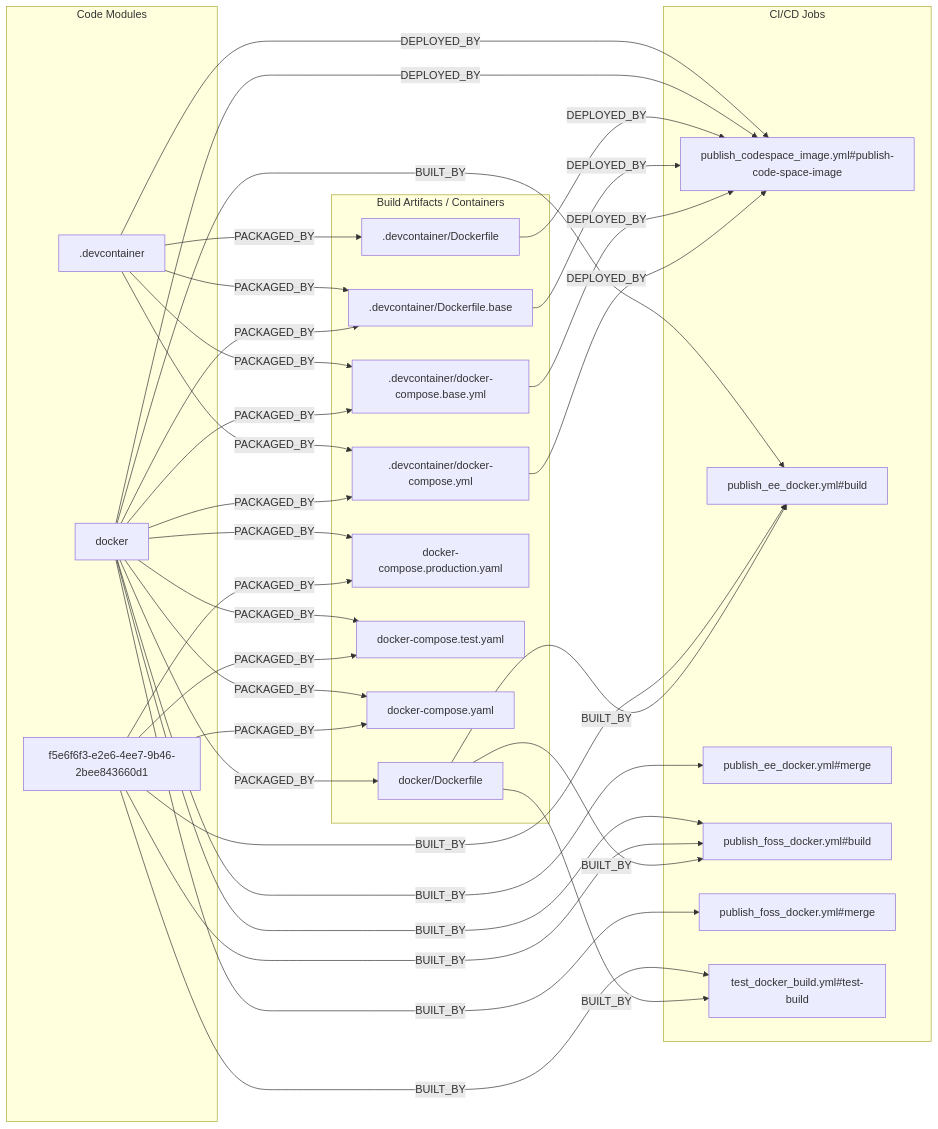
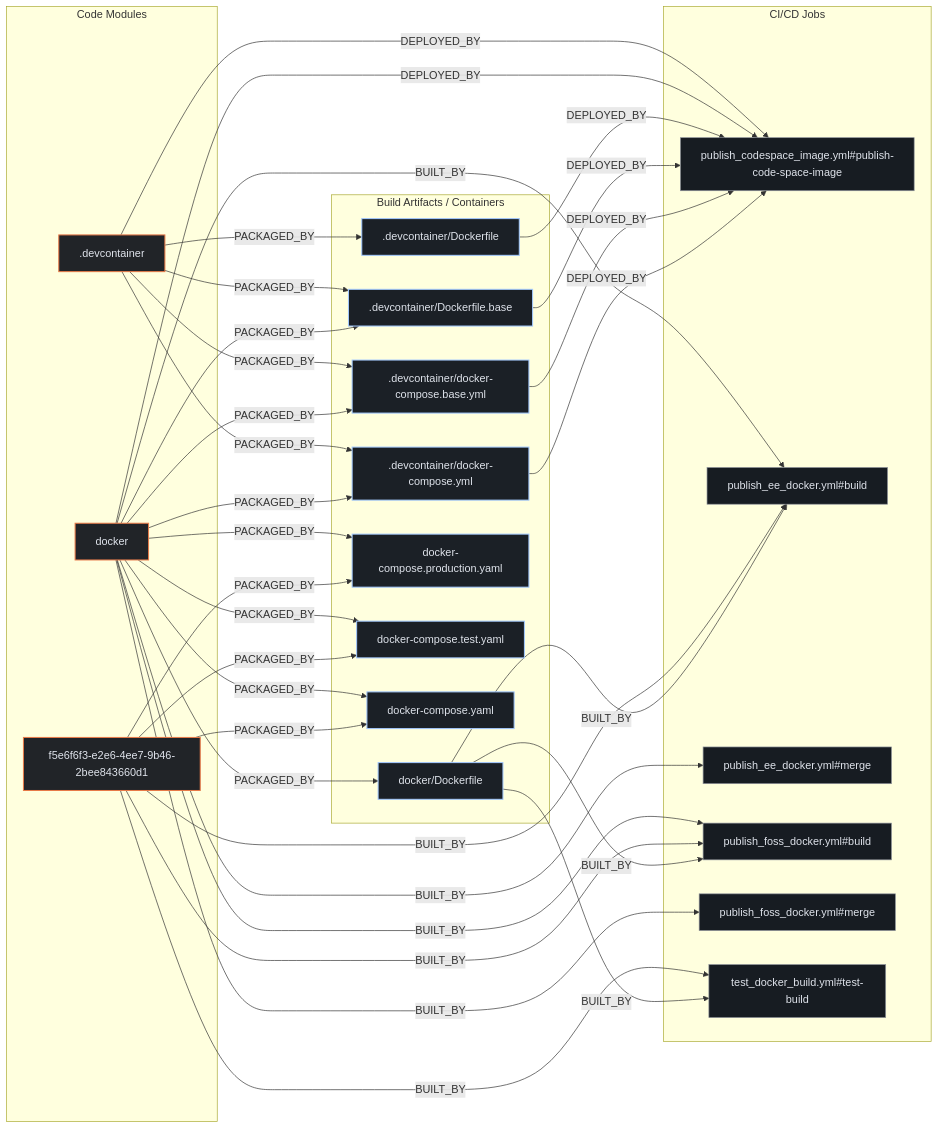
One commit to kumarshaz/atruss-code-atlas changed the second of 3 diagrams in exports/latest/reports/chatwoot-chatwoot-report.md. Above: the diagram before and after it, drawn with Mermaid. The commit also changed other lines of this file and 331 other files, not shown here.

Commit message:
docs,ui,fix: update SDLC docs, reorder CI/CD DAG first, stylize Mermaid, and fix Arc42 pipeline topology

````diff
--- a/exports/latest/reports/chatwoot-chatwoot-report.md
+++ b/exports/latest/reports/chatwoot-chatwoot-report.md
@@ -184,56 +191,60 @@
 ```mermaid
 flowchart LR
+    classDef atlasCategory fill:#212428,stroke:#E87A48,stroke-width:1.5px,color:#dfe3eb
+    classDef atlasWorkflow fill:#1b2026,stroke:#a3c9ff,stroke-width:1.5px,color:#dfe3eb
+    classDef atlasJob fill:#171c22,stroke:#8d9199,stroke-width:1px,color:#dfe3eb
+    classDef atlasTarget fill:#005227,stroke:#8bd99b,stroke-width:1.5px,color:#a7f6b6
     subgraph code_modules["Code Modules"]
-        mod__devcontainer[".devcontainer"]
-        mod_docker["docker"]
-        mod_f5e6f6f3_e2e6_4ee7_9b46_2bee843660d1["f5e6f6f3-e2e6-4ee7-9b46-2bee843660d1"]
+        mod__devcontainer[".devcontainer"]:::atlasCategory
+        mod_docker["docker"]:::atlasCategory
+        mod_f5e6f6f3_e2e6_4ee7_9b46_2bee843660d1["f5e6f6f3-e2e6-4ee7-9b46-2bee843660d1"]:::atlasCategory
     end
     subgraph build_artifacts["Build Artifacts / Containers"]
-        art__devcontainer_Dockerfile[".devcontainer/Dockerfile"]
-        art__devcontainer_Dockerfile_base[".devcontainer/Dockerfile.base"]
-        art__devcontainer_docker_compose_base_yml[".devcontainer/docker-compose.base.yml"]
-        art__devcontainer_docker_compose_yml[".devcontainer/docker-compose.yml"]
-        art_docker_compose_production_yaml["docker-compose.production.yaml"]
-        art_docker_compose_test_yaml["docker-compose.test.yaml"]
-        art_docker_compose_yaml["docker-compose.yaml"]
-        art_docker_Dockerfile["docker/Dockerfile"]
+        art__devcontainer_Dockerfile[".devcontainer/Dockerfile"]:::atlasWorkflow
+        art__devcontainer_Dockerfile_base[".devcontainer/Dockerfile.base"]:::atlasWorkflow
+        art__devcontainer_docker_compose_base_yml[".devcontainer/docker-compose.base.yml"]:::atlasWorkflow
+        art__devcontainer_docker_compose_yml[".devcontainer/docker-compose.yml"]:::atlasWorkflow
+        art_docker_compose_production_yaml["docker-compose.production.yaml"]:::atlasWorkflow
+        art_docker_compose_test_yaml["docker-compose.test.yaml"]:::atlasWorkflow
+        art_docker_compose_yaml["docker-compose.yaml"]:::atlasWorkflow
+        art_docker_Dockerfile["docker/Dockerfile"]:::atlasWorkflow
     end
     subgraph ci_jobs["CI/CD Jobs"]
-        job_publish_codespace_image_yml_publish_code_space_image["publish_codespace_image.yml#publish-code-space-image"]
-        job_publish_ee_docker_yml_build["publish_ee_docker.yml#build"]
-        job_publish_ee_docker_yml_merge["publish_ee_docker.yml#merge"]
-        job_publish_foss_docker_yml_build["publish_foss_docker.yml#build"]
-        job_publish_foss_docker_yml_merge["publish_foss_docker.yml#merge"]
-        job_test_docker_build_yml_test_build["test_docker_build.yml#test-build"]
+        job_publish_codespace_image_yml_publish_code_space_image["publish_codespace_image.yml#publish-code-space-image"]:::atlasJob
+        job_publish_ee_docker_yml_build["publish_ee_docker.yml#build"]:::atlasJob
+        job_publish_ee_docker_yml_merge["publish_ee_docker.yml#merge"]:::atlasJob
+        job_publish_foss_docker_yml_build["publish_foss_docker.yml#build"]:::atlasJob
+        job_publish_foss_docker_yml_merge["publish_foss_docker.yml#merge"]:::atlasJob
+        job_test_docker_build_yml_test_build["test_docker_build.yml#test-build"]:::atlasJob
     end
     mod__devcontainer -->|DEPLOYED_BY| job_publish_codespace_image_yml_publish_code_space_image
     mod__devcontainer -->|PACKAGED_BY| art__devcontainer_Dockerfile
     mod__devcontainer -->|PACKAGED_BY| art__devcontainer_Dockerfile_base
     mod__devcontainer -->|PACKAGED_BY| art__devcontainer_docker_compose_base_yml
     mod__devcontainer -->|PACKAGED_BY| art__devcontainer_docker_compose_yml
     mod_docker -->|BUILT_BY| job_publish_ee_docker_yml_build
     mod_docker -->|BUILT_BY| job_publish_ee_docker_yml_merge
     mod_docker -->|BUILT_BY| job_publish_foss_docker_yml_build
     mod_docker -->|BUILT_BY| job_publish_foss_docker_yml_merge
     mod_docker -->|DEPLOYED_BY| job_publish_codespace_image_yml_publish_code_space_image
     mod_docker -->|PACKAGED_BY| art__devcontainer_Dockerfile_base
     mod_docker -->|PACKAGED_BY| art__devcontainer_docker_compose_base_yml
     mod_docker -->|PACKAGED_BY| art__devcontainer_docker_compose_yml
     mod_docker -->|PACKAGED_BY| art_docker_compose_production_yaml
     mod_docker -->|PACKAGED_BY| art_docker_compose_test_yaml
     mod_docker -->|PACKAGED_BY| art_docker_compose_yaml
     mod_docker -->|PACKAGED_BY| art_docker_Dockerfile
     mod_f5e6f6f3_e2e6_4ee7_9b46_2bee843660d1 -->|BUILT_BY| job_publish_ee_docker_yml_build
     mod_f5e6f6f3_e2e6_4ee7_9b46_2bee843660d1 -->|BUILT_BY| job_publish_foss_docker_yml_build
     mod_f5e6f6f3_e2e6_4ee7_9b46_2bee843660d1 -->|BUILT_BY| job_test_docker_build_yml_test_build
     mod_f5e6f6f3_e2e6_4ee7_9b46_2bee843660d1 -->|PACKAGED_BY| art_docker_compose_production_yaml
     mod_f5e6f6f3_e2e6_4ee7_9b46_2bee843660d1 -->|PACKAGED_BY| art_docker_compose_test_yaml
     mod_f5e6f6f3_e2e6_4ee7_9b46_2bee843660d1 -->|PACKAGED_BY| art_docker_compose_yaml
     art__devcontainer_Dockerfile -->|DEPLOYED_BY| job_publish_codespace_image_yml_publish_code_space_image
     art__devcontainer_Dockerfile_base -->|DEPLOYED_BY| job_publish_codespace_image_yml_publish_code_space_image
     art__devcontainer_docker_compose_base_yml -->|DEPLOYED_BY| job_publish_codespace_image_yml_publish_code_space_image
     art__devcontainer_docker_compose_yml -->|DEPLOYED_BY| job_publish_codespace_image_yml_publish_code_space_image
     art_docker_Dockerfile -->|BUILT_BY| job_publish_ee_docker_yml_build
     art_docker_Dockerfile -->|BUILT_BY| job_publish_foss_docker_yml_build
     art_docker_Dockerfile -->|BUILT_BY| job_test_docker_build_yml_test_build
 ```
````
